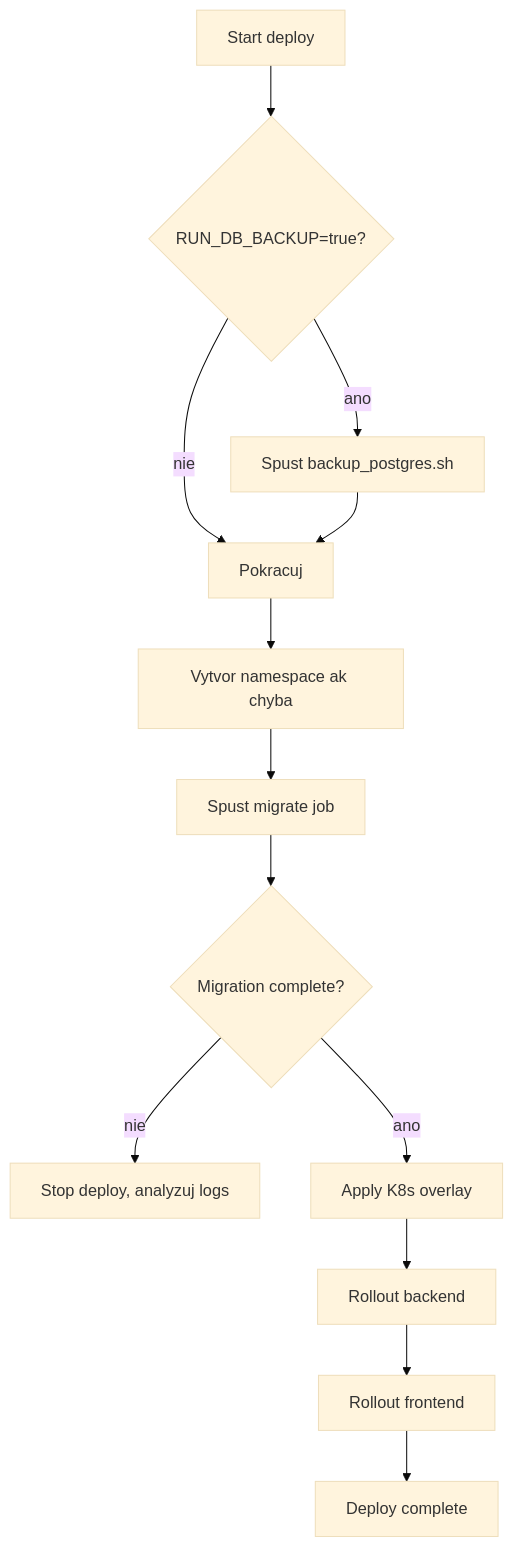
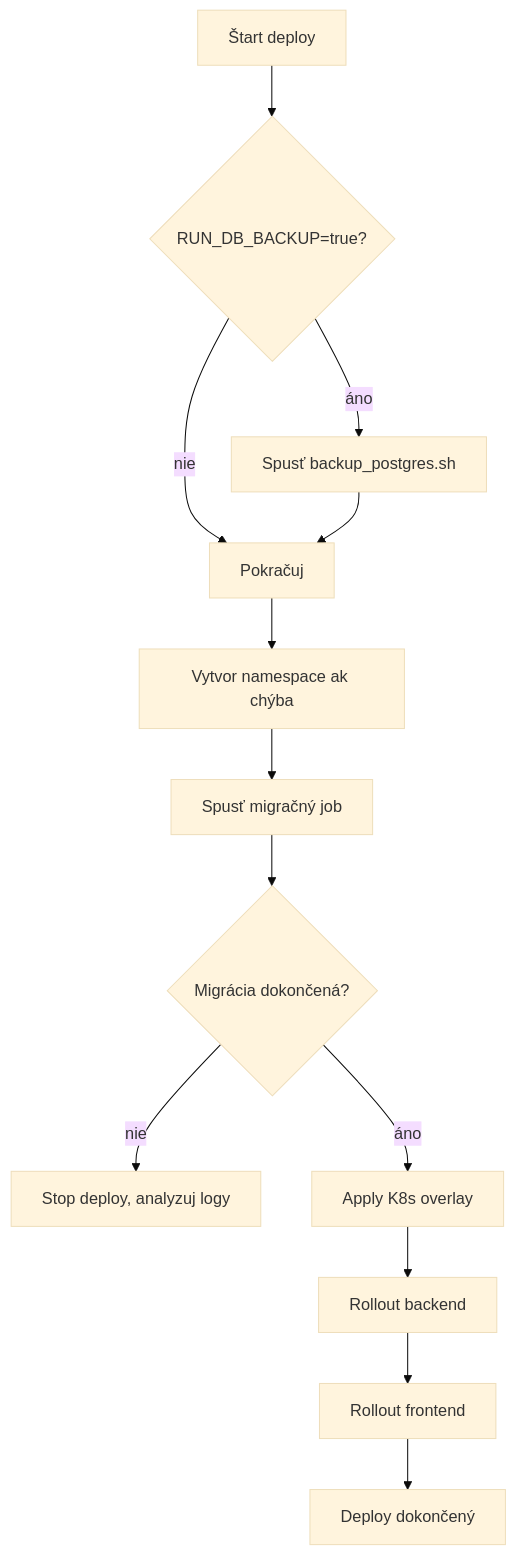
The first of 2 diagrams in docs/DEPLOYMENT_RUNBOOK.md (xsugra/cistafirma.sk), drawn with Mermaid (base theme) before and after one commit. The commit also changed other lines of this file and 36 other files, not shown here.

````diff
--- a/docs/DEPLOYMENT_RUNBOOK.md
+++ b/docs/DEPLOYMENT_RUNBOOK.md
@@ -23,15 +23,15 @@
 ```mermaid
 flowchart TD
-    A[Start deploy] --> B{RUN_DB_BACKUP=true?}
-    B -- ano --> C[Spust backup_postgres.sh]
-    B -- nie --> D[Pokracuj]
+    A[Štart deploy] --> B{RUN_DB_BACKUP=true?}
+    B -- áno --> C[Spusť backup_postgres.sh]
+    B -- nie --> D[Pokračuj]
     C --> D
-    D --> E[Vytvor namespace ak chyba]
-    E --> F[Spust migrate job]
-    F --> G{Migration complete?}
-    G -- nie --> H[Stop deploy, analyzuj logs]
-    G -- ano --> I[Apply K8s overlay]
+    D --> E[Vytvor namespace ak chýba]
+    E --> F[Spusť migračný job]
+    F --> G{Migrácia dokončená?}
+    G -- nie --> H[Stop deploy, analyzuj logy]
+    G -- áno --> I[Apply K8s overlay]
     I --> J[Rollout backend]
     J --> K[Rollout frontend]
-    K --> L[Deploy complete]
+    K --> L[Deploy dokončený]
 ```
````
